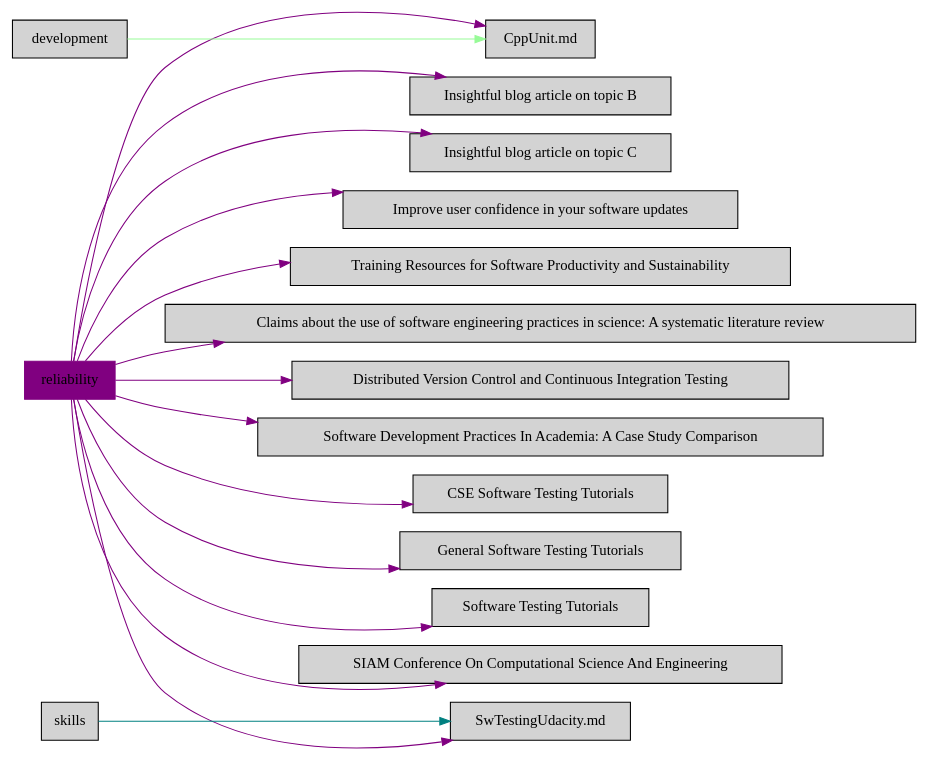
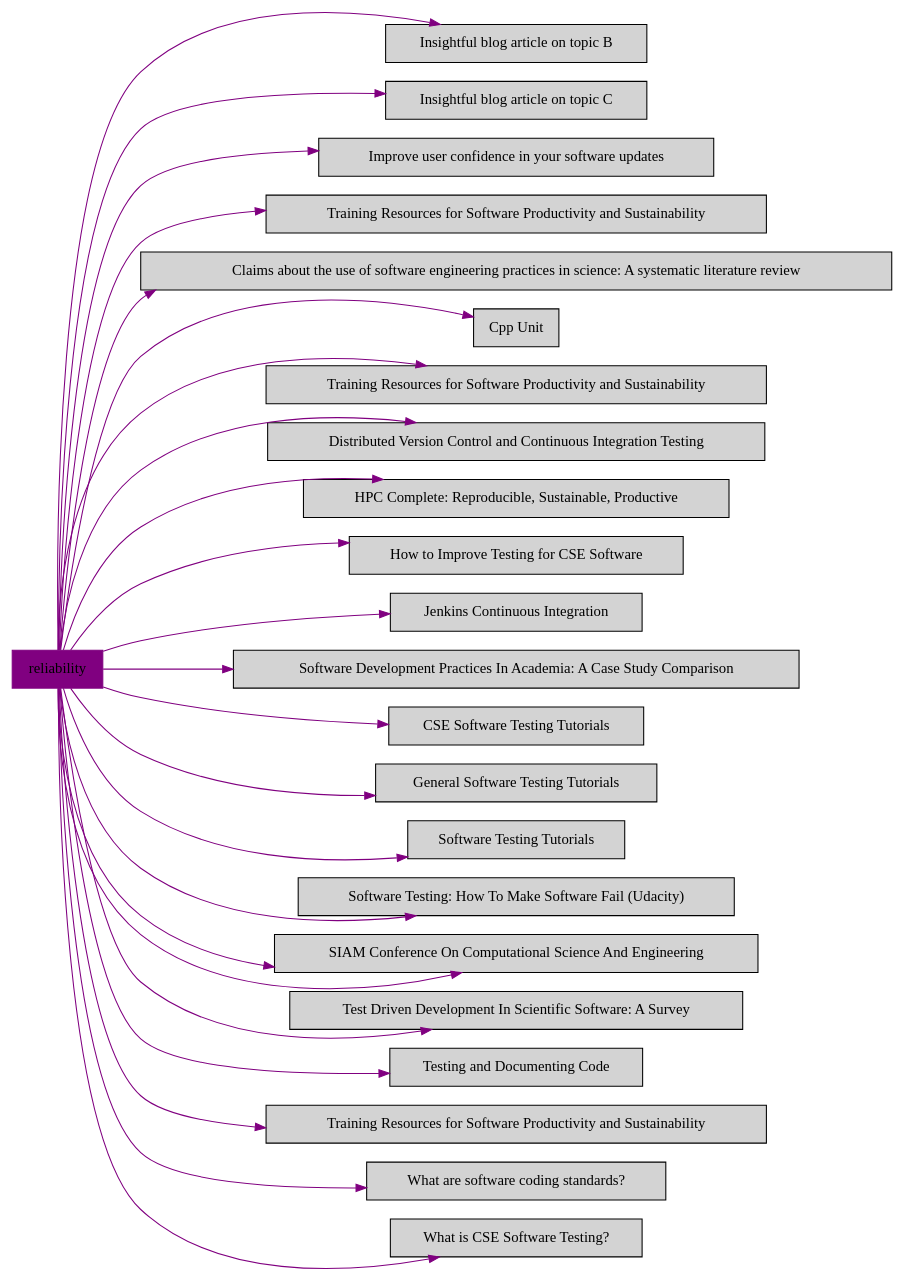
One commit to duongdo27/Dealii changed the diagram in markdown/category_reliability.dot. Above: the diagram before and after it, drawn with Graphviz. The commit also changed 16 other files, not shown here.

```diff
--- a/markdown/category_reliability.dot
+++ b/markdown/category_reliability.dot
@@ -1,33 +1,53 @@
 digraph bettersoftware {
             rankdir = LR;
             ratio = fill;
             node [style=filled];
             node [shape = box];
 "reliability" [colorscheme="svg" color="purple"];
 "reliability" ->  "BlogArticleSkeletonB.md" [colorscheme="svg" color="purple"];
 "BlogArticleSkeletonB.md" [label="Insightful blog article on topic B" URL="http://bss.parallactic.com/resources/insightful-blog-article-on-topic-b"]
 "reliability" ->  "BlogArticleSkeletonC.md" [colorscheme="svg" color="purple"];
 "BlogArticleSkeletonC.md" [label="Insightful blog article on topic C" URL="http://bss.parallactic.com/resources/insightful-blog-article-on-topic-c"]
 "reliability" ->  "ImproveUserConfidenceInSwUpdates.md" [colorscheme="svg" color="purple"];
 "ImproveUserConfidenceInSwUpdates.md" [label="Improve user confidence in your software updates" URL="http://bss.parallactic.com/resources/improve-user-confidence-in-your-software-updates"]
 "reliability" ->  "BestPracticesForHPCSwDevelopersWebinarSeries.md" [colorscheme="svg" color="purple"];
 "BestPracticesForHPCSwDevelopersWebinarSeries.md" [label="Training Resources for Software Productivity and Sustainability" URL="http://bss.parallactic.com/resources/training-resources-for-software-productivity-and-sustainability"]
 "reliability" ->  "ClaimsAboutSoftwareEnginScienceReview.md" [colorscheme="svg" color="purple"];
 "ClaimsAboutSoftwareEnginScienceReview.md" [label="Claims about the use of software engineering practices in science: A systematic literature review", URL="http://bss.parallactic.com/resources/claims-about-the-use-of-software-engineering-practices-in-science-a-systematic-literature-review"]
 "reliability" ->  "CppUnit.md" [colorscheme="svg" color="purple"];
-"development" ->  "CppUnit.md" [colorscheme="svg" color="palegreen"];
+"CppUnit.md" [label="Cpp Unit" URL="http://bss.parallactic.com/resources/cpp-unit"];
+"reliability" ->  "CseCollaborationThroughSoftwareImprovingProductivityAndSustainability.SIAM-CSE17.md" [colorscheme="svg" color="purple"];
+"CseCollaborationThroughSoftwareImprovingProductivityAndSustainability.SIAM-CSE17.md" [label="Training Resources for Software Productivity and Sustainability" URL="http://bss.parallactic.com/resources/training-resources-for-software-productivity-and-sustainability"]
 "reliability" ->  "DistributedVersionControlAndContinuousIntegrationTesting.md" [colorscheme="svg" color="purple"];
 "DistributedVersionControlAndContinuousIntegrationTesting.md" [label="Distributed Version Control and Continuous Integration Testing" URL="http://bss.parallactic.com/resources/distributed-version-control-and-continuous-integration-testing"]
+"reliability" ->  "HerouxATPESC2016.md" [colorscheme="svg" color="purple"];
+"HerouxATPESC2016.md" [label="HPC Complete: Reproducible, Sustainable, Productive" URL="http://bss.parallactic.com/resources/hpc-complete-reproducible-sustainable-productive"]
+"reliability" ->  "HowToImproveTestingForCseSw.md" [colorscheme="svg" color="purple"];
+"HowToImproveTestingForCseSw.md" [label="How to Improve Testing for CSE Software" URL="http://bss.parallactic.com/resources/how-to-improve-testing-for-cse-software"]
+"reliability" ->  "JenkinsCI.md" [colorscheme="svg" color="purple"];
+"JenkinsCI.md" [label="Jenkins Continuous Integration" URL="http://bss.parallactic.com/resources/jenkins-continuous-integration"]
 "reliability" ->  "SoftwareDevelopmentPracticesInAcademiaACaseStudyComparison.md" [colorscheme="svg" color="purple"];
 "SoftwareDevelopmentPracticesInAcademiaACaseStudyComparison.md" [label="Software Development Practices In Academia: A Case Study Comparison", URL="http://bss.parallactic.com/resources/software-development-practices-in-academia-a-case-study-comparison"]
 "reliability" ->  "SwTestingTutorials.Cse.md" [colorscheme="svg" color="purple"];
 "SwTestingTutorials.Cse.md" [label="CSE Software Testing Tutorials" URL="http://bss.parallactic.com/resources/software-testing-tutorials"]
 "reliability" ->  "SwTestingTutorials.General.md" [colorscheme="svg" color="purple"];
 "SwTestingTutorials.General.md" [label="General Software Testing Tutorials" URL="http://bss.parallactic.com/resources/software-testing-tutorials"]
 "reliability" ->  "SwTestingTutorials.md" [colorscheme="svg" color="purple"];
 "SwTestingTutorials.md" [label="Software Testing Tutorials" URL="http://bss.parallactic.com/resources/software-testing-tutorials"]
 "reliability" ->  "SwTestingUdacity.md" [colorscheme="svg" color="purple"];
-"skills" ->  "SwTestingUdacity.md" [colorscheme="svg" color="teal"];
+"SwTestingUdacity.md" [label="Software Testing: How To Make Software Fail (Udacity)" URL="http://bss.parallactic.com/resources/software-testing-how-to-make-software-fail-udacity"]
+"reliability" ->  "Conference.SIAM-CSE17.md" [colorscheme="svg" color="purple"];
+"Conference.SIAM-CSE17.md" [label="SIAM Conference On Computational Science And Engineering" URL="http://bss.parallactic.com/events/siam-conference-on-computational-science-and-engineering-cse17 "]
+"reliability" ->  "TestDrivenDevptInScientificSwASurvey.md" [colorscheme="svg" color="purple"];
+"TestDrivenDevptInScientificSwASurvey.md" [label="Test Driven Development In Scientific Software: A Survey" URL="http://bss.parallactic.com/resources/test-driven-development-in-scientific-software-a-survey"]
+"reliability" ->  "TestingAndDocumentingCode.md" [colorscheme="svg" color="purple"];
+"TestingAndDocumentingCode.md" [label="Testing and Documenting Code" URL="http://bss.parallactic.com/resources/testing-and-documenting-code"]
+"reliability" ->  "Training.ProductivityAndSustainability.md" [colorscheme="svg" color="purple"];
+"Training.ProductivityAndSustainability.md" [label="Training Resources for Software Productivity and Sustainability" URL="http://bss.parallactic.com/resources/training-resources-for-software-productivity-and-sustainability"]
+"reliability" ->  "WhatAreSwCodingStandards.md" [colorscheme="svg" color="purple"];
+"WhatAreSwCodingStandards.md" [label="What are software coding standards?" URL="http://bss.parallactic.com/resources/what-are-software-coding-standards?"]
+"reliability" ->  "WhatIsCseSwTesting.md" [colorscheme="svg" color="purple"];
+"WhatIsCseSwTesting.md" [label="What is CSE Software Testing?" URL="http://bss.parallactic.com/resources/what-is-cse-software-testing?"]
 "reliability" ->  "Conference.SIAM-CSE17.md" [colorscheme="svg" color="purple"];
 "Conference.SIAM-CSE17.md" [label="SIAM Conference On Computational Science And Engineering" URL="http://bss.parallactic.com/events/siam-conference-on-computational-science-and-engineering-cse17 "]
 }
```
